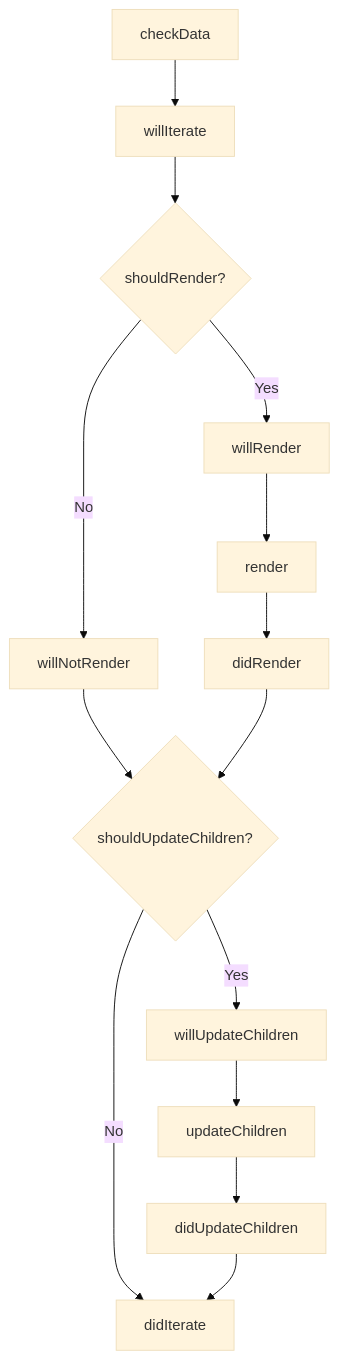
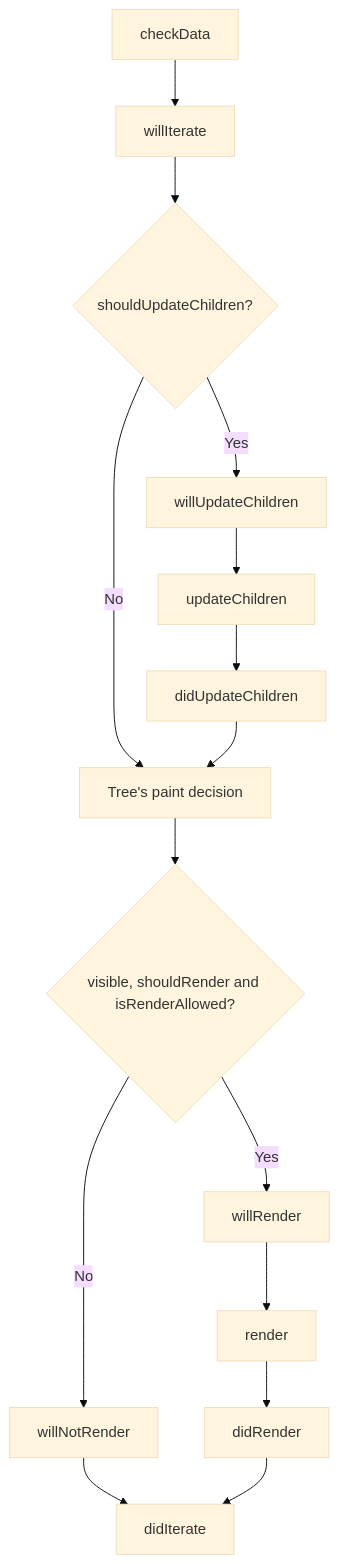
One commit to gravity-ui/graph changed the second of 2 diagrams in packages/graph/docs/system/component-lifecycle.md. Above: the diagram before and after it, drawn with Mermaid (base theme). The commit also changed other lines of this file and 84 other files, not shown here.

First line of the commit message:
feat(graph)!: cull canvas components by the viewport in the layer tree (#432)

````diff
--- a/packages/graph/docs/system/component-lifecycle.md
+++ b/packages/graph/docs/system/component-lifecycle.md
@@ -65,16 +72,17 @@
    ```mermaid
    flowchart TD
        A[checkData] --> B[willIterate]
-       B --> C{shouldRender?}
+       B --> H{shouldUpdateChildren?}
+       H -->|Yes| I[willUpdateChildren]
+       I --> J[updateChildren]
+       J --> K[didUpdateChildren]
+       H -->|No| V[Tree's paint decision]
+       K --> V
+       V --> C{visible, shouldRender and isRenderAllowed?}
        C -->|Yes| D[willRender]
        D --> E[render]
        E --> F[didRender]
        C -->|No| G[willNotRender]
-       G --> H{shouldUpdateChildren?}
-       F --> H
-       H -->|Yes| I[willUpdateChildren]
-       I --> J[updateChildren]
-       J --> K[didUpdateChildren]
-       H -->|No| L[didIterate]
-       K --> L
+       G --> L[didIterate]
+       F --> L
    ```
````
